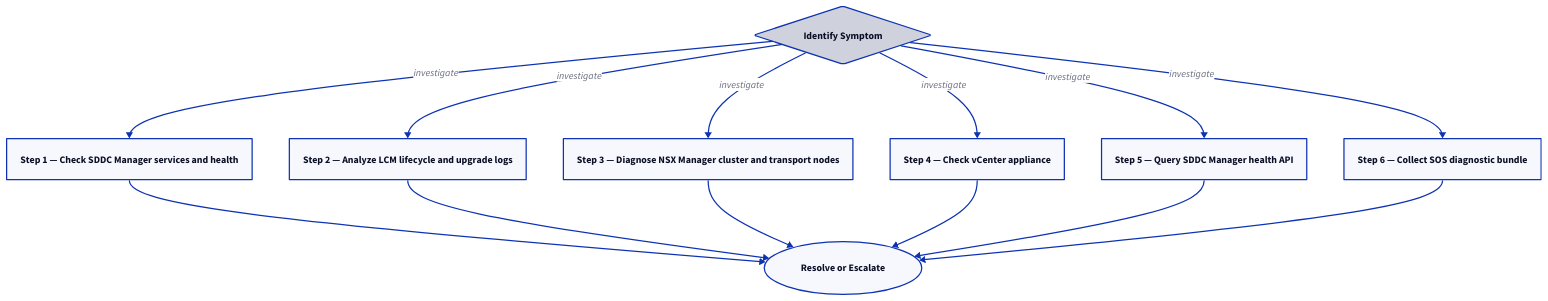
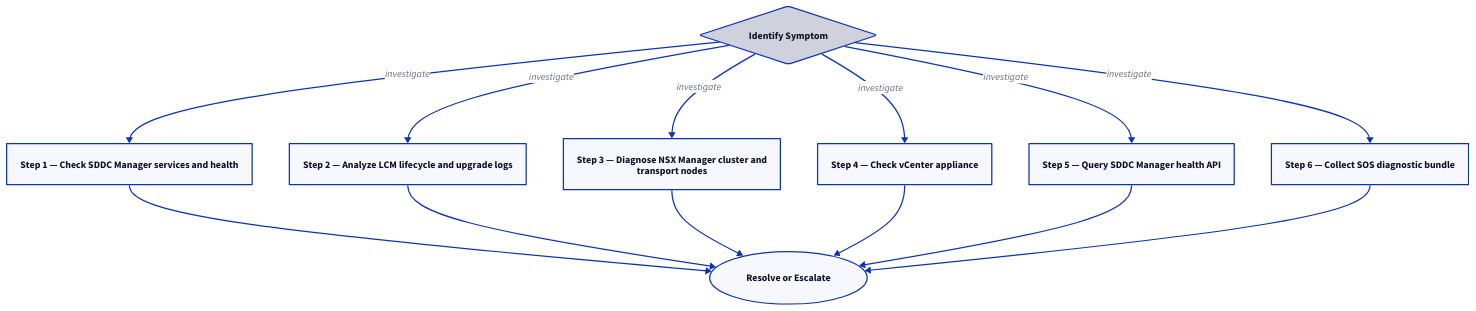
One commit to canast01/chris-kb changed the second of 2 diagrams in docs/virtualization/vmware/vmware-cloud-foundation/troubleshooting/diagnostics.md. Above: the diagram before and after it, drawn with D2. The commit also changed other lines of this file and 192 other files, not shown here.

````diff
--- a/docs/virtualization/vmware/vmware-cloud-foundation/troubleshooting/diagnostics.md
+++ b/docs/virtualization/vmware/vmware-cloud-foundation/troubleshooting/diagnostics.md
@@ -68,25 +68,25 @@
 ```d2
 direction: down
 
 symptom: Identify Symptom {shape: diamond}
 step_1_check_sddc_manager_services_a: "Step 1 — Check SDDC Manager services and health" {shape: rectangle}
 step_2_analyze_lcm_lifecycle_and_upg: "Step 2 — Analyze LCM lifecycle and upgrade logs" {shape: rectangle}
-step_3_diagnose_nsx_manager_cluster_: "Step 3 — Diagnose NSX Manager cluster and transport nodes" {shape: rectangle}
+step_3_diagnose_nsx_manager_cluster_: "Step 3 — Diagnose NSX Manager cluster and\ntransport nodes" {shape: rectangle}
 step_4_check_vcenter_appliance: "Step 4 — Check vCenter appliance" {shape: rectangle}
 step_5_query_sddc_manager_health_api: "Step 5 — Query SDDC Manager health API" {shape: rectangle}
 step_6_collect_sos_diagnostic_bundle: "Step 6 — Collect SOS diagnostic bundle" {shape: rectangle}
 resolution: Resolve or Escalate {shape: oval}
 
 symptom -> step_1_check_sddc_manager_services_a: investigate
 symptom -> step_2_analyze_lcm_lifecycle_and_upg: investigate
 symptom -> step_3_diagnose_nsx_manager_cluster_: investigate
 symptom -> step_4_check_vcenter_appliance: investigate
 symptom -> step_5_query_sddc_manager_health_api: investigate
 symptom -> step_6_collect_sos_diagnostic_bundle: investigate
 step_1_check_sddc_manager_services_a -> resolution
 step_2_analyze_lcm_lifecycle_and_upg -> resolution
 step_3_diagnose_nsx_manager_cluster_ -> resolution
 step_4_check_vcenter_appliance -> resolution
 step_5_query_sddc_manager_health_api -> resolution
 step_6_collect_sos_diagnostic_bundle -> resolution
 ```
````
